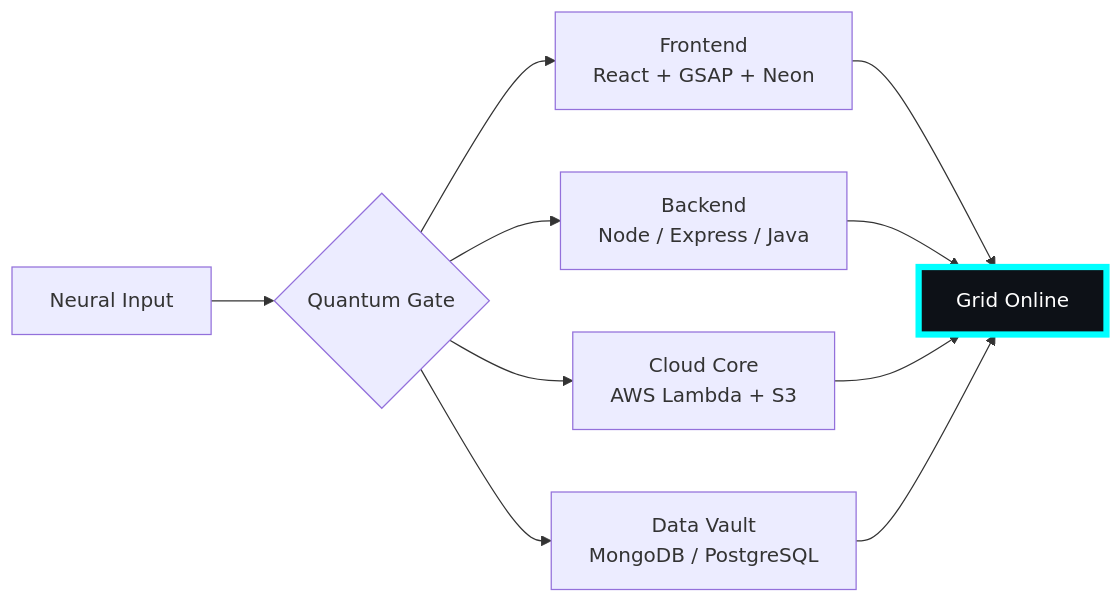
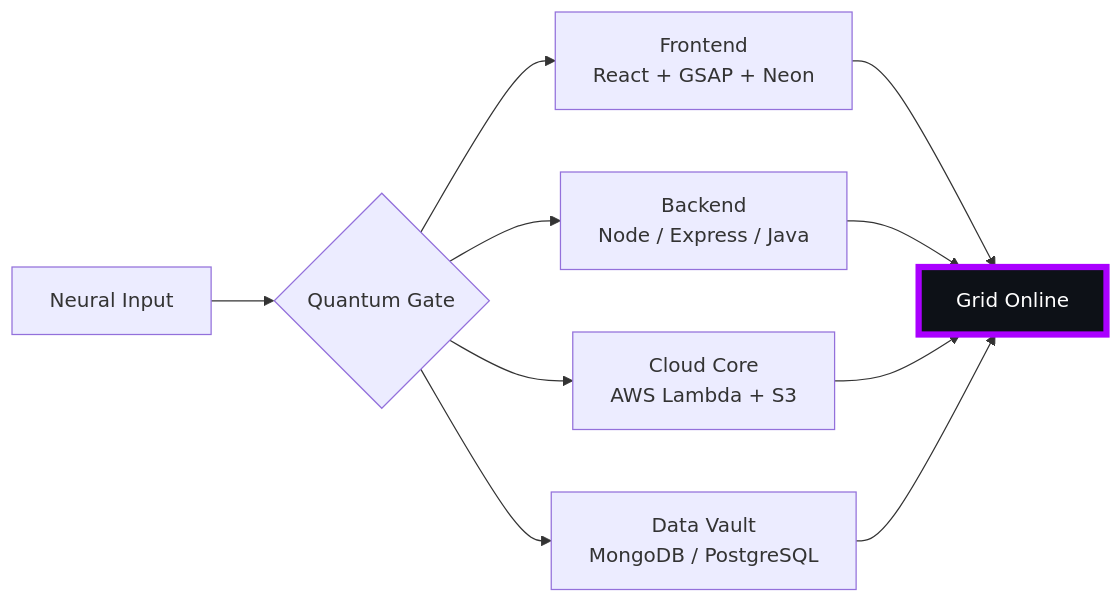
The diagram in README.md (pendemvamsi/pendemvamsi), drawn with Mermaid before and after one commit. The commit also changed other lines of this file and 1 other file, not shown here.

````diff
--- a/README.md
+++ b/README.md
@@ -32,10 +32,10 @@
 ```mermaid
 flowchart LR
     U[Neural Input] --> G{Quantum Gate}
     G --> F[Frontend<br>React + GSAP + Neon]
     G --> B[Backend<br>Node / Express / Java]
     G --> C[Cloud Core<br>AWS Lambda + S3]
     G --> D[Data Vault<br>MongoDB / PostgreSQL]
     F & B & C & D --> O[Grid Online]
-    style O fill:#0d1117,stroke:#00FFFF,stroke-width:5px,color:#fff
+    style O fill:#0d1117,stroke:#AA00FF,stroke-width:5px,color:#fff
 ```
````
